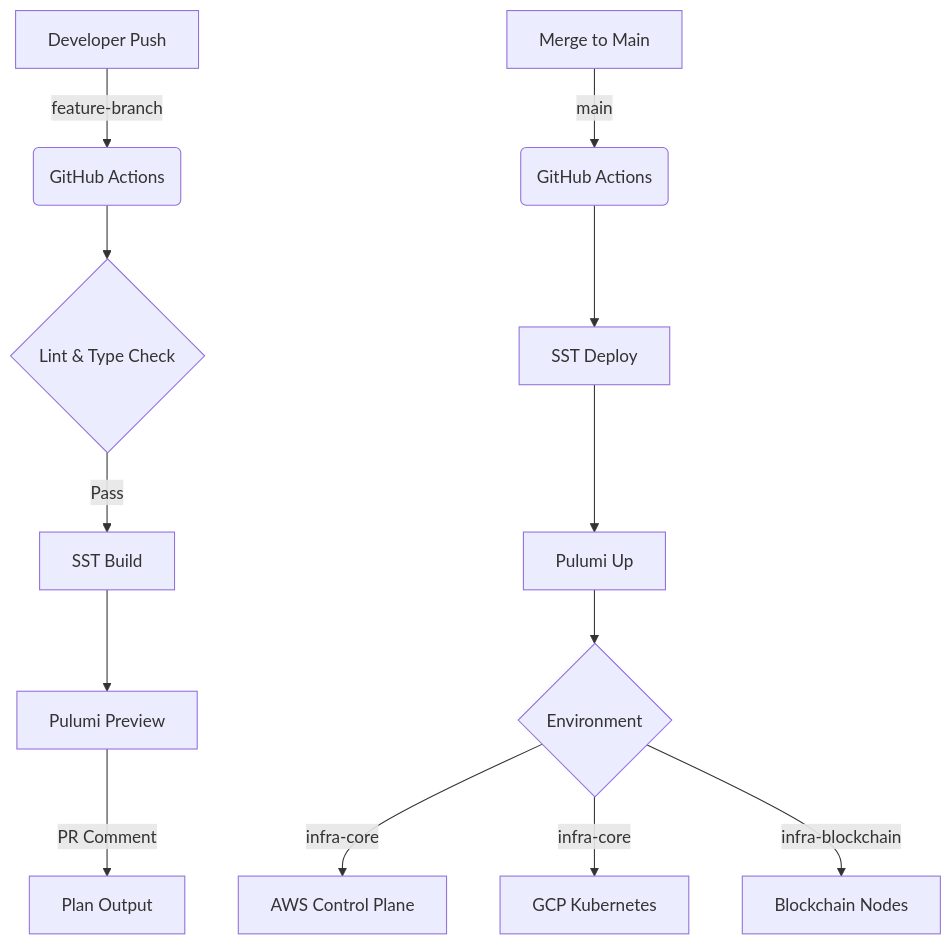
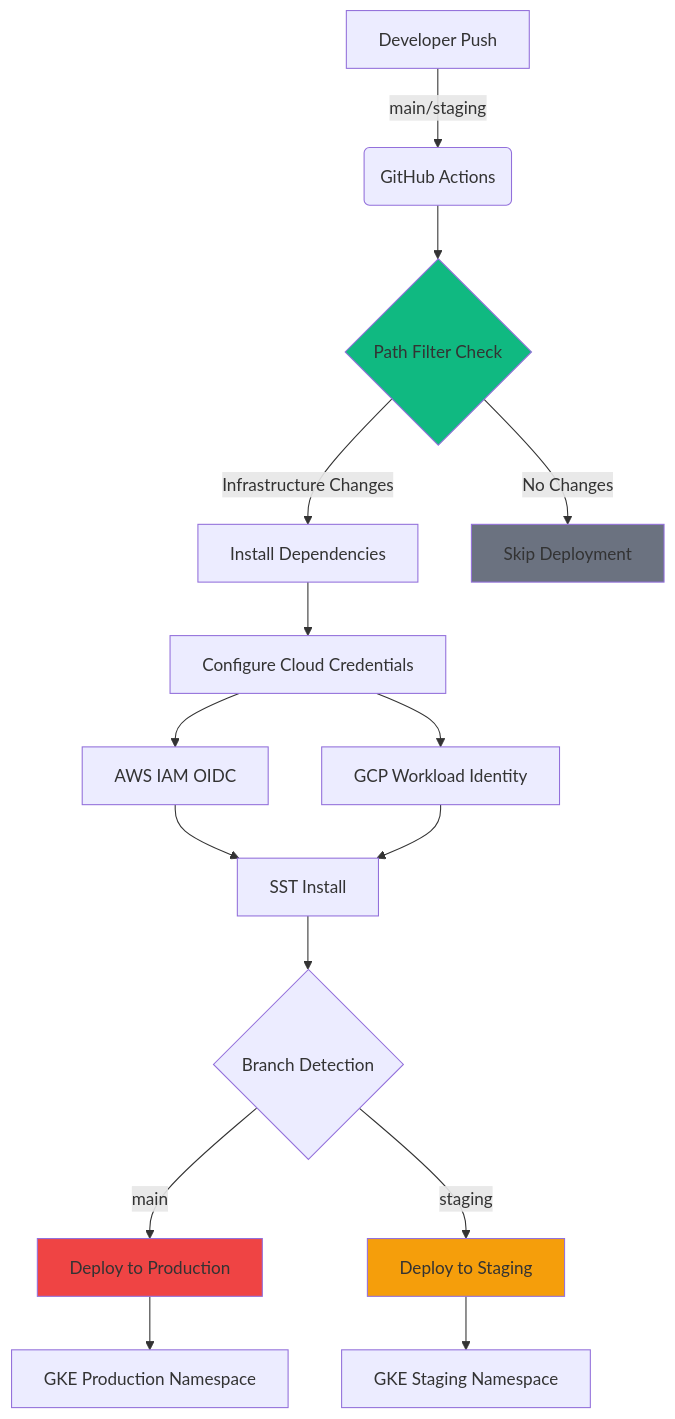
One commit to KONFeature/KONFeature.github.io changed the first of 4 diagrams in src/content/articles/frak/frak-infrastructure-iac.md. Above: the diagram before and after it, drawn with Mermaid. The commit also changed other lines of this file, not shown here.

Commit message:
Review infra article

````diff
--- a/src/content/articles/frak/frak-infrastructure-iac.md
+++ b/src/content/articles/frak/frak-infrastructure-iac.md
@@ -198,16 +247,22 @@
 ```mermaid
 graph TD
-    A[Developer Push] -->|feature-branch| B(GitHub Actions)
-    B --> C{Lint & Type Check}
-    C -->|Pass| D[SST Build]
-    D --> E[Pulumi Preview]
-    E -->|PR Comment| F[Plan Output]
+    A[Developer Push] -->|main/staging| B(GitHub Actions)
+    B --> C{Path Filter Check}
+    C -->|Infrastructure Changes| D[Install Dependencies]
+    C -->|No Changes| Z[Skip Deployment]
+    D --> E[Configure Cloud Credentials]
+    E --> F[AWS IAM OIDC]
+    E --> G[GCP Workload Identity]
+    F --> H[SST Install]
+    G --> H
+    H --> I{Branch Detection}
+    I -->|main| J[Deploy to Production]
+    I -->|staging| K[Deploy to Staging]
+    J --> L[GKE Production Namespace]
+    K --> M[GKE Staging Namespace]
     
-    G[Merge to Main] -->|main| H(GitHub Actions)
-    H --> I[SST Deploy]
-    I --> J[Pulumi Up]
-    J --> K{Environment}
-    K -->|infra-core| L[AWS Control Plane]
-    K -->|infra-core| M[GCP Kubernetes]
-    K -->|infra-blockchain| N[Blockchain Nodes]
+    style C fill:#10B981
+    style Z fill:#6B7280
+    style J fill:#EF4444
+    style K fill:#F59E0B
 ```
````
